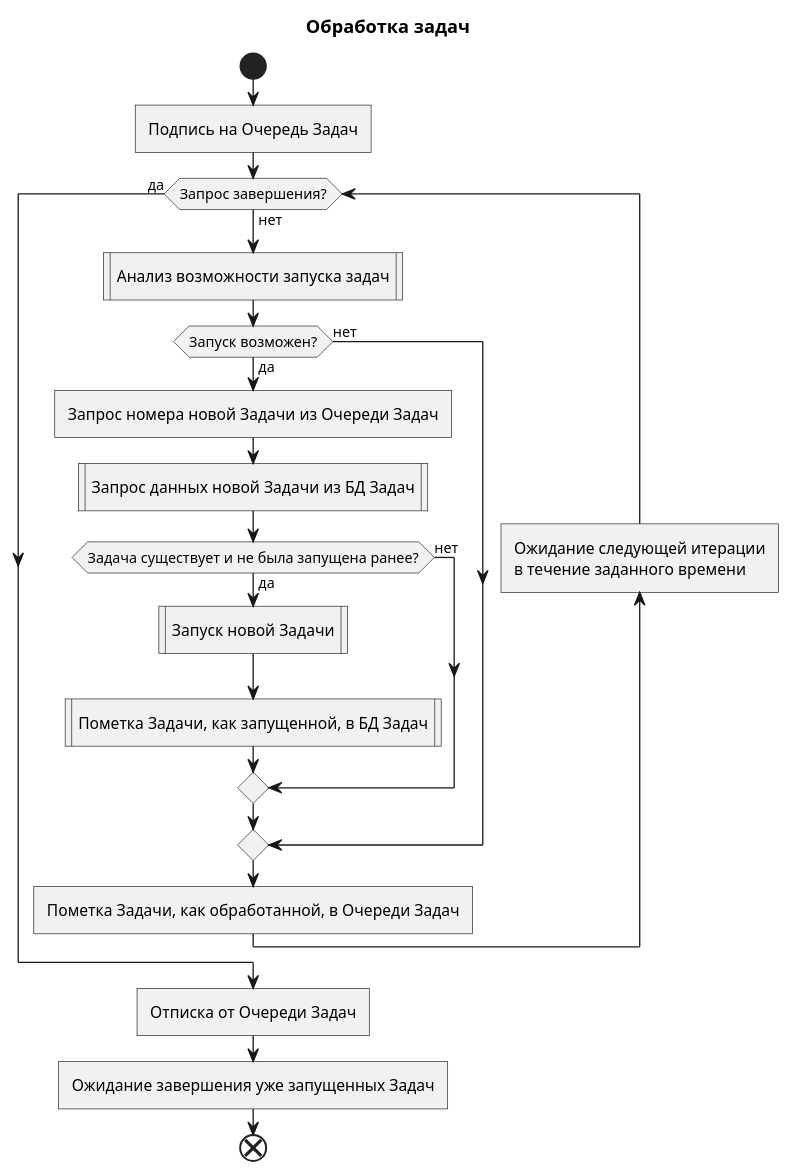
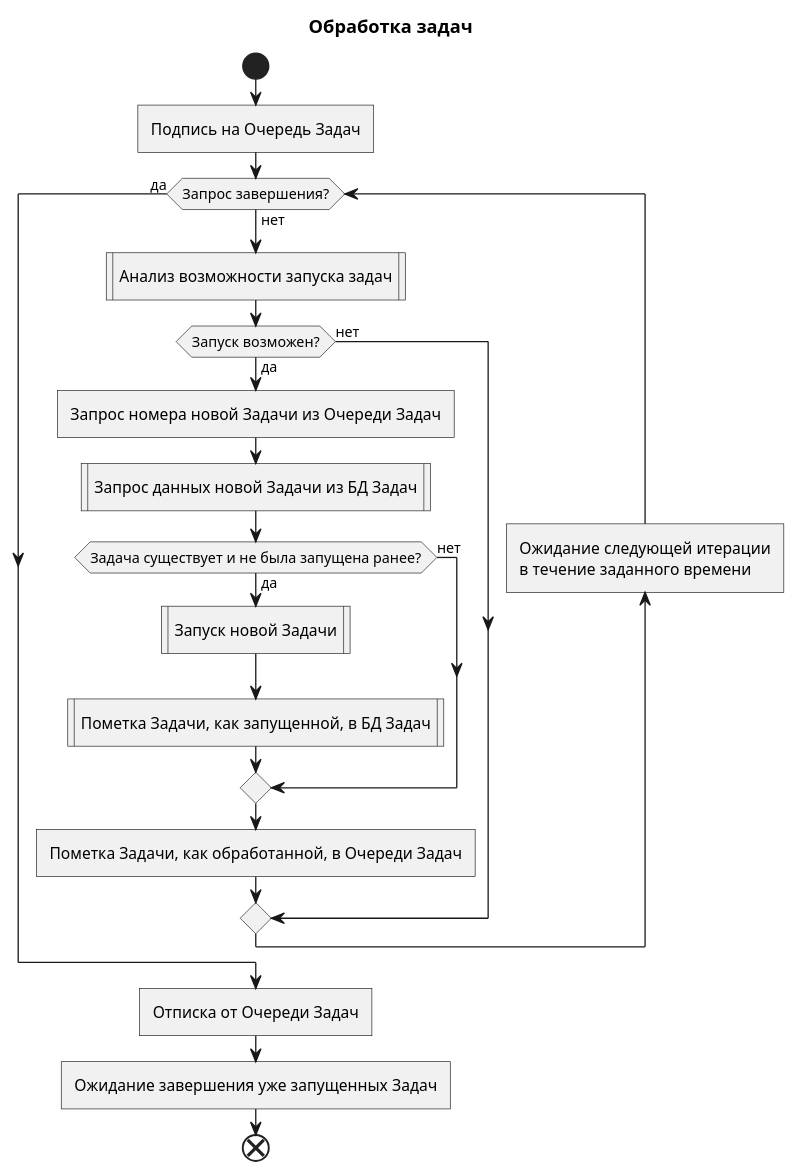
Before and after one commit to mrypdm/JobSystem: the first of 7 diagrams in docs/diagrams/activity/Job.Worker.puml, drawn with PlantUML. The commit also changed other lines of this file, not shown here.

```diff
--- a/docs/diagrams/activity/Job.Worker.puml
+++ b/docs/diagrams/activity/Job.Worker.puml
@@ -1,38 +1,38 @@
 @startuml Worker loop
 
 title Обработка задач
 
 start
 
 :Подпись на Очередь Задач]
 
 while (Запрос завершения?) is (нет)
 
 :Анализ возможности запуска задач|
 if (Запуск возможен?) then (да)
 
     :Запрос номера новой Задачи из Очереди Задач]
     :Запрос данных новой Задачи из БД Задач|
 
     if (Задача существует и не была запущена ранее?) then (да)
         :Запуск новой Задачи|
         :Пометка Задачи, как запущенной, в БД Задач|
     else (нет)
     endif
 
+    :Пометка Задачи, как обработанной, в Очереди Задач]
+
 else (нет)
 endif
-
-:Пометка Задачи, как обработанной, в Очереди Задач]
 
 backward :Ожидание следующей итерации
 в течение заданного времени]
 
 endwhile (да)
 
 :Отписка от Очереди Задач]
 :Ожидание завершения уже запущенных Задач]
 
 end
 
 @enduml
```
